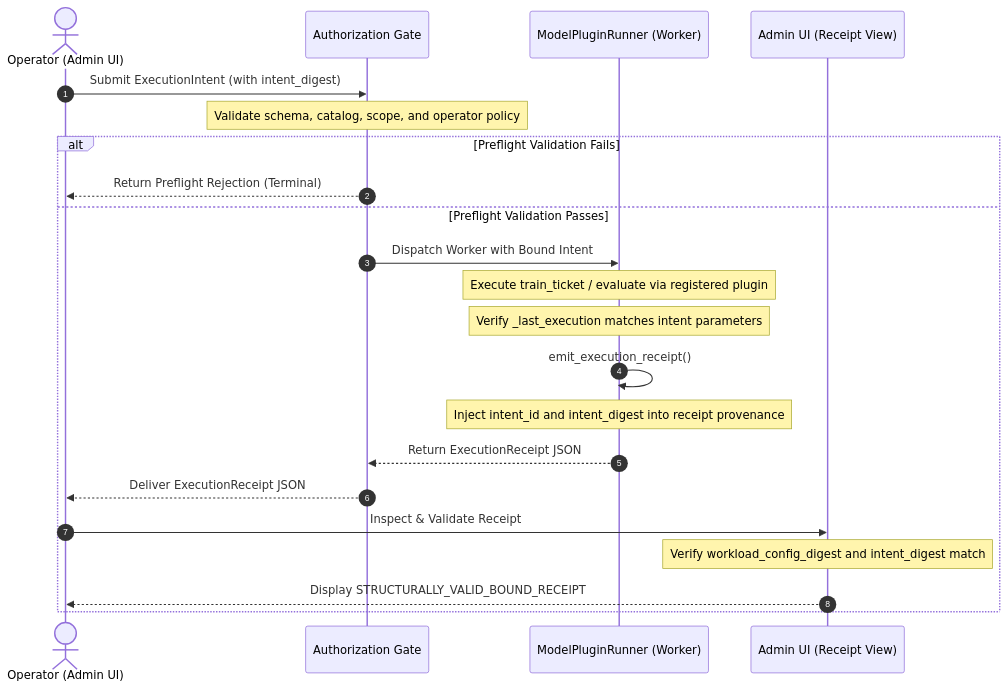
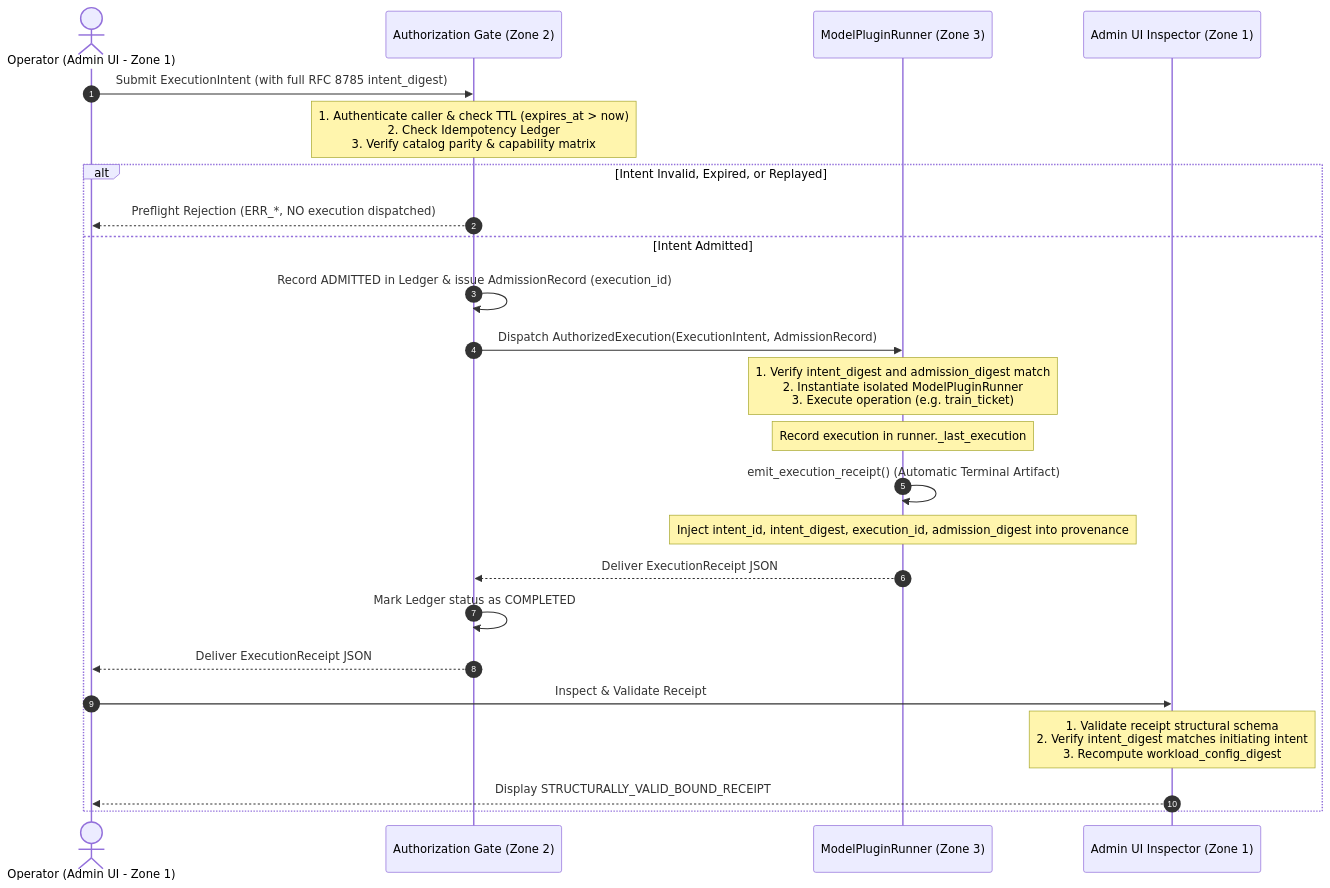
Before and after one commit to chartjs333/delta: the second of 2 diagrams in specs/admin-ui/adr/0002-controlled-live-execution-boundary.md, drawn with Mermaid. The commit also changed other lines of this file, not shown here.

Commit message:
docs(admin-ui): harden ADR 0002 with operation enum, RFC 8785 digest, idempotency, and AdmissionRecord [T015, T016, HR010-004]

````diff
--- a/specs/admin-ui/adr/0002-controlled-live-execution-boundary.md
+++ b/specs/admin-ui/adr/0002-controlled-live-execution-boundary.md
@@ -237,25 +401,27 @@
 ```mermaid
 sequenceDiagram
     autonumber
-    actor Operator as Operator (Admin UI)
-    participant Gate as Authorization Gate
-    participant Runner as ModelPluginRunner (Worker)
-    participant UI as Admin UI (Receipt View)
+    actor Operator as Operator (Admin UI - Zone 1)
+    participant Gate as Authorization Gate (Zone 2)
+    participant Worker as ModelPluginRunner (Zone 3)
+    participant UI as Admin UI Inspector (Zone 1)
 
-    Operator->>Gate: Submit ExecutionIntent (with intent_digest)
-    Note over Gate: Validate schema, catalog, scope, and operator policy
-    alt Preflight Validation Fails
-        Gate-->>Operator: Return Preflight Rejection (Terminal)
-    else Preflight Validation Passes
-        Gate->>Runner: Dispatch Worker with Bound Intent
-        Note over Runner: Execute train_ticket / evaluate via registered plugin
-        Note over Runner: Verify _last_execution matches intent parameters
-        Runner->>Runner: emit_execution_receipt()
-        Note over Runner: Inject intent_id and intent_digest into receipt provenance
-        Runner-->>Gate: Return ExecutionReceipt JSON
+    Operator->>Gate: Submit ExecutionIntent (with full RFC 8785 intent_digest)
+    Note over Gate: 1. Authenticate caller & check TTL (expires_at > now)<br/>2. Check Idempotency Ledger<br/>3. Verify catalog parity & capability matrix
+    alt Intent Invalid, Expired, or Replayed
+        Gate-->>Operator: Preflight Rejection (ERR_*, NO execution dispatched)
+    else Intent Admitted
+        Gate->>Gate: Record ADMITTED in Ledger & issue AdmissionRecord (execution_id)
+        Gate->>Worker: Dispatch AuthorizedExecution(ExecutionIntent, AdmissionRecord)
+        Note over Worker: 1. Verify intent_digest and admission_digest match<br/>2. Instantiate isolated ModelPluginRunner<br/>3. Execute operation (e.g. train_ticket)
+        Note over Worker: Record execution in runner._last_execution
+        Worker->>Worker: emit_execution_receipt() (Automatic Terminal Artifact)
+        Note over Worker: Inject intent_id, intent_digest, execution_id, admission_digest into provenance
+        Worker-->>Gate: Deliver ExecutionReceipt JSON
+        Gate->>Gate: Mark Ledger status as COMPLETED
         Gate-->>Operator: Deliver ExecutionReceipt JSON
         Operator->>UI: Inspect & Validate Receipt
-        Note over UI: Verify workload_config_digest and intent_digest match
+        Note over UI: 1. Validate receipt structural schema<br/>2. Verify intent_digest matches initiating intent<br/>3. Recompute workload_config_digest
         UI-->>Operator: Display STRUCTURALLY_VALID_BOUND_RECEIPT
     end
 ```
````
